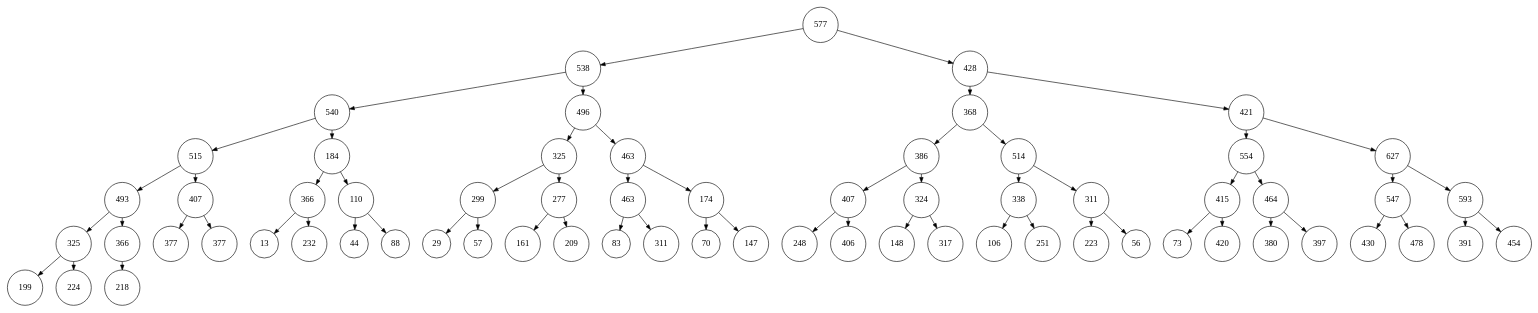
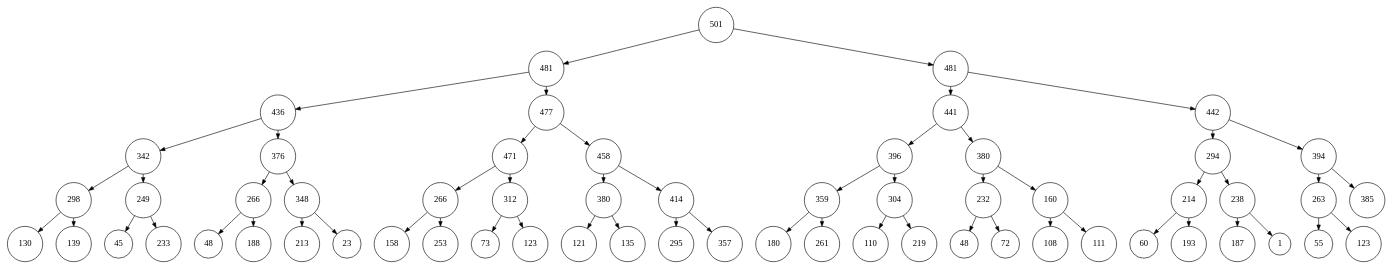
One commit to minglong-cse2016/cs207work changed the diagram in homeworks/delimg53.dot. Above: the diagram before and after it, drawn with Graphviz. The commit also changed 40 other files, not shown here.

```diff
--- a/homeworks/delimg53.dot
+++ b/homeworks/delimg53.dot
@@ -1,138 +1,128 @@
 
     digraph G {
     nodesep=0.3;
     ranksep=0.2;
     margin=0.1;
     node [shape=circle];
     edge [arrowsize=0.8];
     1 -> 2[side=left];
 1 -> 3;
 2 -> 4[side=left];
 2 -> 5;
 3 -> 6[side=left];
 3 -> 7;
 4 -> 8[side=left];
 4 -> 9;
 5 -> 10[side=left];
 5 -> 11;
 6 -> 12[side=left];
 6 -> 13;
 7 -> 14[side=left];
 7 -> 15;
 8 -> 16[side=left];
 8 -> 17;
 9 -> 18[side=left];
 9 -> 19;
 10 -> 20[side=left];
 10 -> 21;
 11 -> 22[side=left];
 11 -> 23;
 12 -> 24[side=left];
 12 -> 25;
 13 -> 26[side=left];
 13 -> 27;
 14 -> 28[side=left];
 14 -> 29;
 15 -> 30[side=left];
 15 -> 31;
 16 -> 32[side=left];
 16 -> 33;
 17 -> 34[side=left];
 17 -> 35;
 18 -> 36[side=left];
 18 -> 37;
 19 -> 38[side=left];
 19 -> 39;
 20 -> 40[side=left];
 20 -> 41;
 21 -> 42[side=left];
 21 -> 43;
 22 -> 44[side=left];
 22 -> 45;
 23 -> 46[side=left];
 23 -> 47;
 24 -> 48[side=left];
 24 -> 49;
 25 -> 50[side=left];
 25 -> 51;
 26 -> 52[side=left];
 26 -> 53;
 27 -> 54[side=left];
 27 -> 55;
 28 -> 56[side=left];
 28 -> 57;
 29 -> 58[side=left];
 29 -> 59;
 30 -> 60[side=left];
 30 -> 61;
-31 -> 62[side=left];
-31 -> 63;
-32 -> 64[side=left];
-32 -> 65;
-33 -> 66[side=left];
-1[label="577"]
-2[label="538"]
-3[label="428"]
-4[label="540"]
-5[label="496"]
-6[label="368"]
-7[label="421"]
-8[label="515"]
-9[label="184"]
-10[label="325"]
-11[label="463"]
-12[label="386"]
-13[label="514"]
-14[label="554"]
-15[label="627"]
-16[label="493"]
-17[label="407"]
-18[label="366"]
-19[label="110"]
-20[label="299"]
-21[label="277"]
-22[label="463"]
-23[label="174"]
-24[label="407"]
-25[label="324"]
-26[label="338"]
-27[label="311"]
-28[label="415"]
-29[label="464"]
-30[label="547"]
-31[label="593"]
-32[label="325"]
-33[label="366"]
-34[label="377"]
-35[label="377"]
-36[label="13"]
-37[label="232"]
-38[label="44"]
-39[label="88"]
-40[label="29"]
-41[label="57"]
-42[label="161"]
-43[label="209"]
-44[label="83"]
-45[label="311"]
-46[label="70"]
-47[label="147"]
-48[label="248"]
-49[label="406"]
-50[label="148"]
-51[label="317"]
-52[label="106"]
-53[label="251"]
-54[label="223"]
-55[label="56"]
-56[label="73"]
-57[label="420"]
-58[label="380"]
-59[label="397"]
-60[label="430"]
-61[label="478"]
-62[label="391"]
-63[label="454"]
-64[label="199"]
-65[label="224"]
-66[label="218"]}
+1[label="501"]
+2[label="481"]
+3[label="481"]
+4[label="436"]
+5[label="477"]
+6[label="441"]
+7[label="442"]
+8[label="342"]
+9[label="376"]
+10[label="471"]
+11[label="458"]
+12[label="396"]
+13[label="380"]
+14[label="294"]
+15[label="394"]
+16[label="298"]
+17[label="249"]
+18[label="266"]
+19[label="348"]
+20[label="266"]
+21[label="312"]
+22[label="380"]
+23[label="414"]
+24[label="359"]
+25[label="304"]
+26[label="232"]
+27[label="160"]
+28[label="214"]
+29[label="238"]
+30[label="263"]
+31[label="385"]
+32[label="130"]
+33[label="139"]
+34[label="45"]
+35[label="233"]
+36[label="48"]
+37[label="188"]
+38[label="213"]
+39[label="23"]
+40[label="158"]
+41[label="253"]
+42[label="73"]
+43[label="123"]
+44[label="121"]
+45[label="135"]
+46[label="295"]
+47[label="357"]
+48[label="180"]
+49[label="261"]
+50[label="110"]
+51[label="219"]
+52[label="48"]
+53[label="72"]
+54[label="108"]
+55[label="111"]
+56[label="60"]
+57[label="193"]
+58[label="187"]
+59[label="1"]
+60[label="55"]
+61[label="123"]}
```
